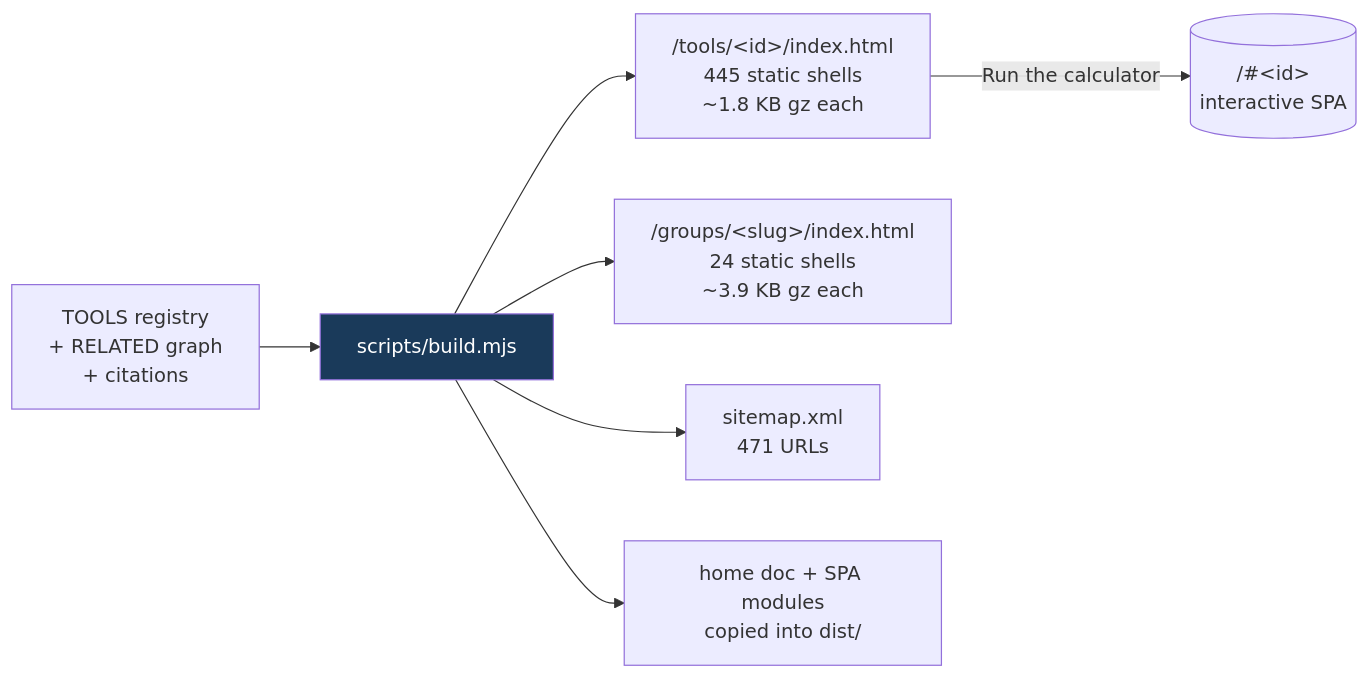
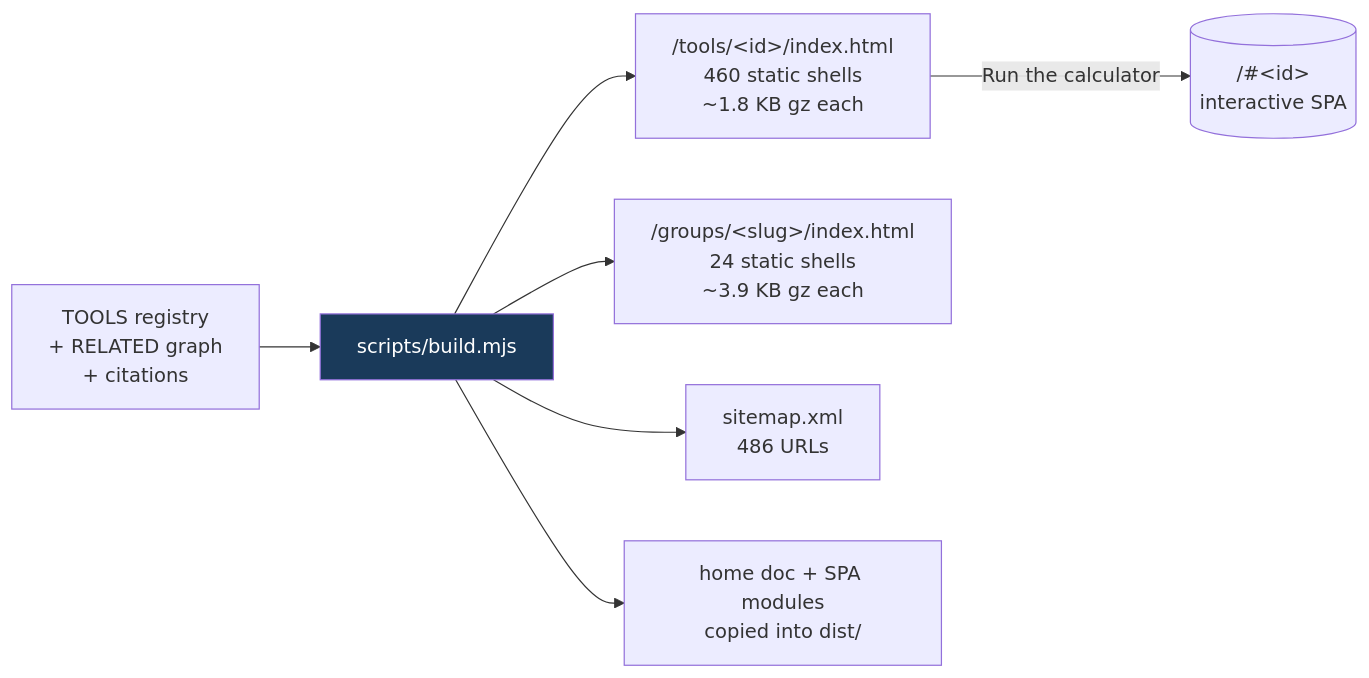
The third of 6 diagrams in README.md (clay-good/roughlogic.com), drawn with Mermaid before and after one commit. The commit also changed other lines of this file and 28 other files, not shown here.

````diff
--- a/README.md
+++ b/README.md
@@ -196,10 +196,10 @@
 ```mermaid
 flowchart LR
     SRC[TOOLS registry\n+ RELATED graph\n+ citations] --> BUILD[scripts/build.mjs]
-    BUILD --> TILE["/tools/&lt;id&gt;/index.html\n445 static shells\n~1.8 KB gz each"]
+    BUILD --> TILE["/tools/&lt;id&gt;/index.html\n460 static shells\n~1.8 KB gz each"]
     BUILD --> GROUP["/groups/&lt;slug&gt;/index.html\n24 static shells\n~3.9 KB gz each"]
-    BUILD --> MAP["sitemap.xml\n471 URLs"]
+    BUILD --> MAP["sitemap.xml\n486 URLs"]
     BUILD --> COPY[home doc + SPA modules\ncopied into dist/]
     TILE -->|Run the calculator| SPA[("/#&lt;id&gt;\ninteractive SPA")]
     style BUILD fill:#1a3a5a,color:#fff
 ```
````
